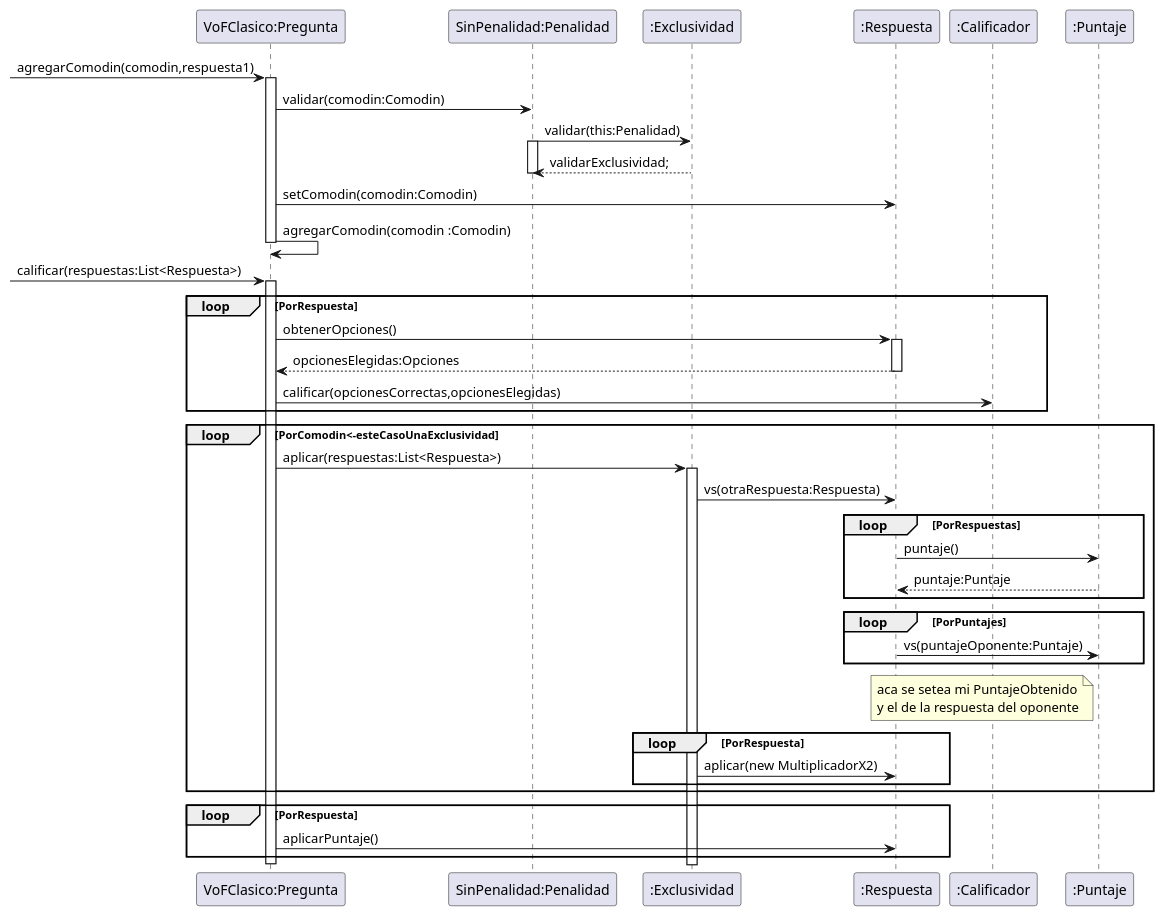
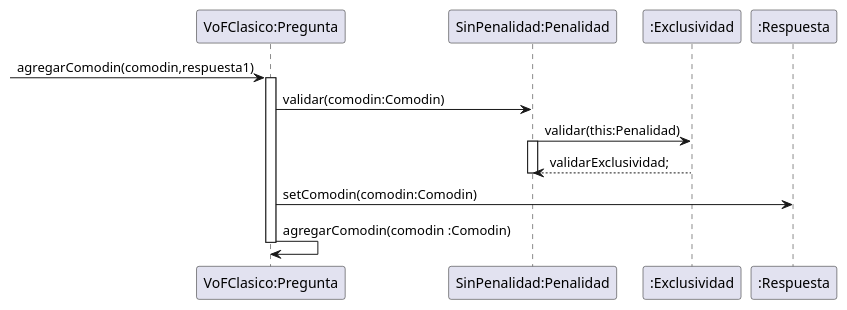
One commit to Alex1161/TP2 changed the diagram in src/main/java/edu/fiuba/algo3/Diagramas/puml/DsComodin/DSComodin3.puml. Above: the diagram before and after it, drawn with PlantUML. The commit also changed 1 other file, not shown here.

Commit message:
diagrama Comodin3 en proceso

```diff
--- a/src/main/java/edu/fiuba/algo3/Diagramas/puml/DsComodin/DSComodin3.puml
+++ b/src/main/java/edu/fiuba/algo3/Diagramas/puml/DsComodin/DSComodin3.puml
@@ -1,47 +1,13 @@
 @startuml
 [->"VoFClasico:Pregunta":agregarComodin(comodin,respuesta1)
 activate "VoFClasico:Pregunta"
 "VoFClasico:Pregunta" -> "SinPenalidad:Penalidad":validar(comodin:Comodin)
 "SinPenalidad:Penalidad"->":Exclusividad":validar(this:Penalidad)
 activate "SinPenalidad:Penalidad"
 ":Exclusividad"-->"SinPenalidad:Penalidad":validarExclusividad;
  deactivate "SinPenalidad:Penalidad"
  "VoFClasico:Pregunta"->":Respuesta":setComodin(comodin:Comodin)
 "VoFClasico:Pregunta" ->"VoFClasico:Pregunta" :agregarComodin(comodin :Comodin)
 deactivate "VoFClasico:Pregunta"
 
-[->"VoFClasico:Pregunta":calificar(respuestas:List<Respuesta>)
-loop PorRespuesta
-activate "VoFClasico:Pregunta"
-"VoFClasico:Pregunta"->":Respuesta":obtenerOpciones()
-activate ":Respuesta"
-":Respuesta"-->"VoFClasico:Pregunta": opcionesElegidas:Opciones
-deactivate ":Respuesta"
-"VoFClasico:Pregunta"->":Calificador":calificar(opcionesCorrectas,opcionesElegidas)
-end
-loop PorComodin<-esteCasoUnaExclusividad
-"VoFClasico:Pregunta"->":Exclusividad":aplicar(respuestas:List<Respuesta>)
-activate ":Exclusividad"
- ":Exclusividad"->":Respuesta":vs(otraRespuesta:Respuesta)
- loop PorRespuestas
- ":Respuesta"->":Puntaje":puntaje()
- ":Puntaje"-->":Respuesta":puntaje:Puntaje
-end
-loop PorPuntajes
-":Respuesta"->":Puntaje":vs(puntajeOponente:Puntaje)
-end
-note left of ":Puntaje"
-aca se setea mi PuntajeObtenido
-y el de la respuesta del oponente
-end note
-loop PorRespuesta
- ":Exclusividad"->":Respuesta":aplicar(new MultiplicadorX2)
-end
-end
-loop PorRespuesta
-"VoFClasico:Pregunta"-> ":Respuesta": aplicarPuntaje()
-end
-deactivate "VoFClasico:Pregunta"
-
-
 @enduml
```
